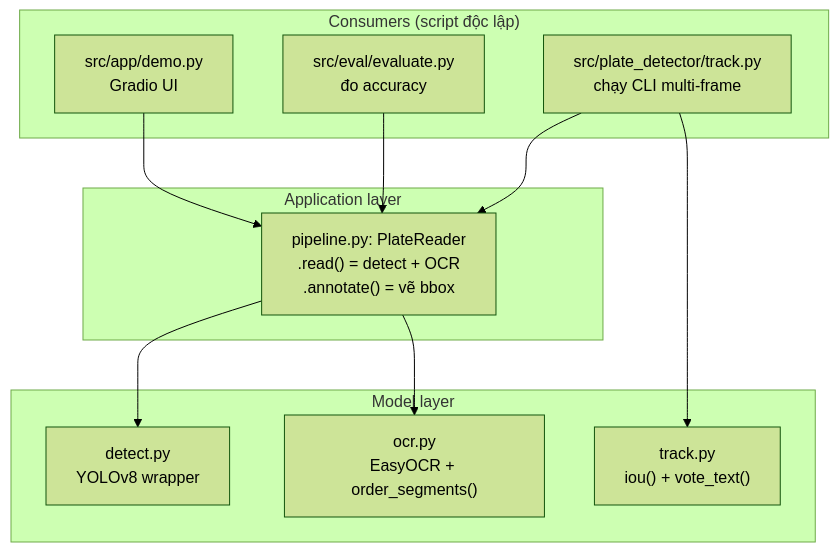
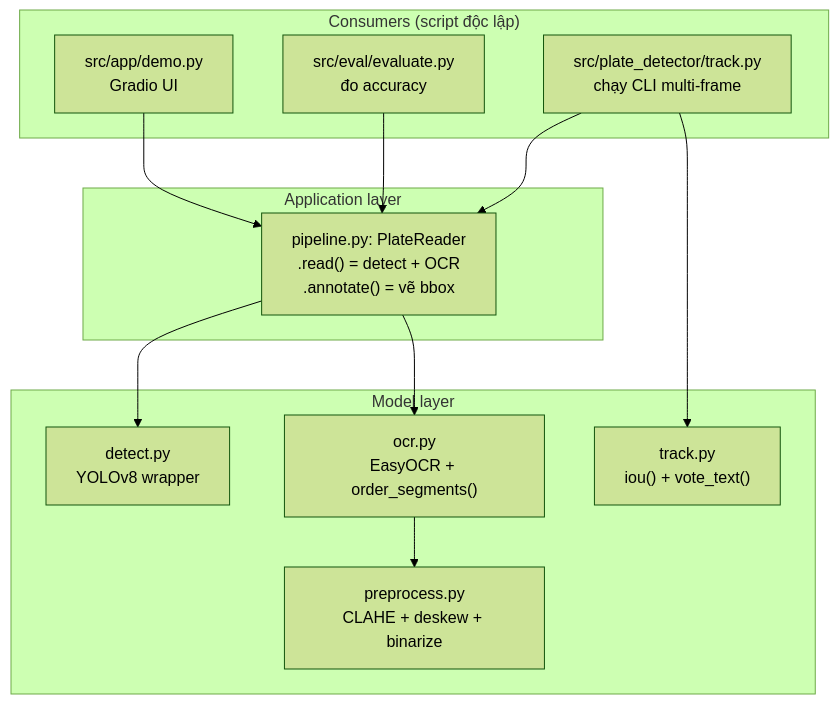
Before and after one commit to lybii/vn-license-plate-detector: the second of 2 diagrams in docs/architecture.md, drawn with Mermaid (forest theme). The commit also changed other lines of this file and 6 other files, not shown here.

````diff
--- a/docs/architecture.md
+++ b/docs/architecture.md
@@ -24,23 +24,25 @@
 ```mermaid
 flowchart TB
     subgraph Consumers["Consumers (script độc lập)"]
         APP["src/app/demo.py<br/>Gradio UI"]
         EVAL["src/eval/evaluate.py<br/>đo accuracy"]
         TRK["src/plate_detector/track.py<br/>chạy CLI multi-frame"]
     end
     subgraph App["Application layer"]
         PIPE["pipeline.py: PlateReader<br/>.read() = detect + OCR<br/>.annotate() = vẽ bbox"]
     end
     subgraph Model["Model layer"]
         DET["detect.py<br/>YOLOv8 wrapper"]
         OCR["ocr.py<br/>EasyOCR + order_segments()"]
+        PRE["preprocess.py<br/>CLAHE + deskew + binarize"]
         TRKLOGIC["track.py<br/>iou() + vote_text()"]
     end
 
     APP --> PIPE
     EVAL --> PIPE
     TRK --> PIPE
     TRK --> TRKLOGIC
     PIPE --> DET
     PIPE --> OCR
+    OCR --> PRE
 ```
````
